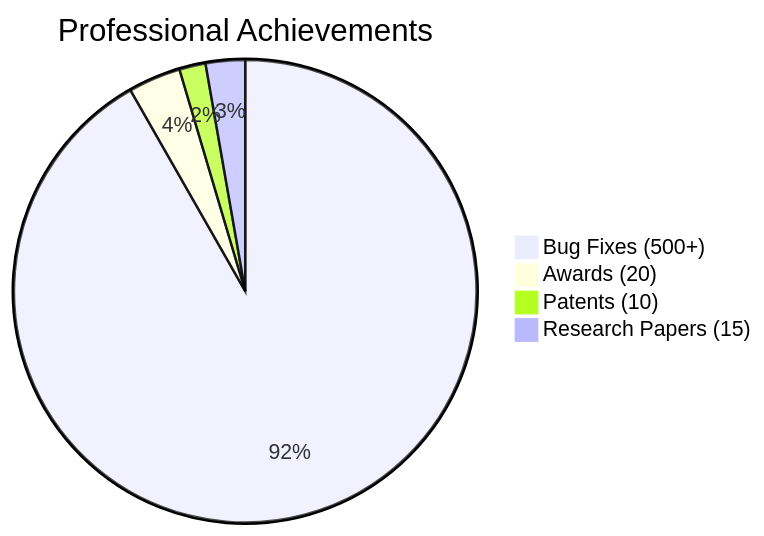
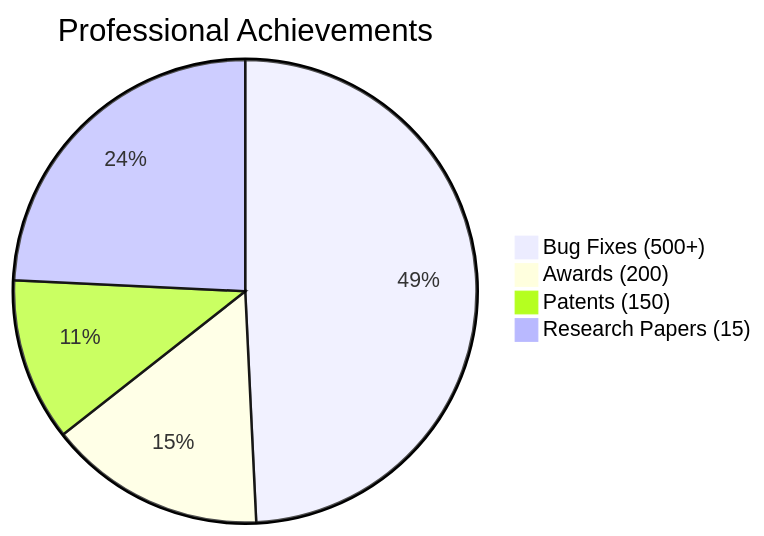
One commit to Tamilselvan-S-Cyber-Security/Tamilselvan-S-Cyber-Security changed the third of 6 diagrams in README.md. Above: the diagram before and after it, drawn with Mermaid.

````diff
--- a/README.md
+++ b/README.md
@@ -71,7 +71,7 @@
 ```mermaid
 pie title Professional Achievements
-    "Bug Fixes (500+)" : 500
-    "Awards (20)" : 20
-    "Patents (10)" : 10
-    "Research Papers (15)" : 15
+    "Bug Fixes (500+)" : 650
+    "Awards (200)" : 200
+    "Patents (150)" : 150
+    "Research Papers (15)" : 320
 ```
````
